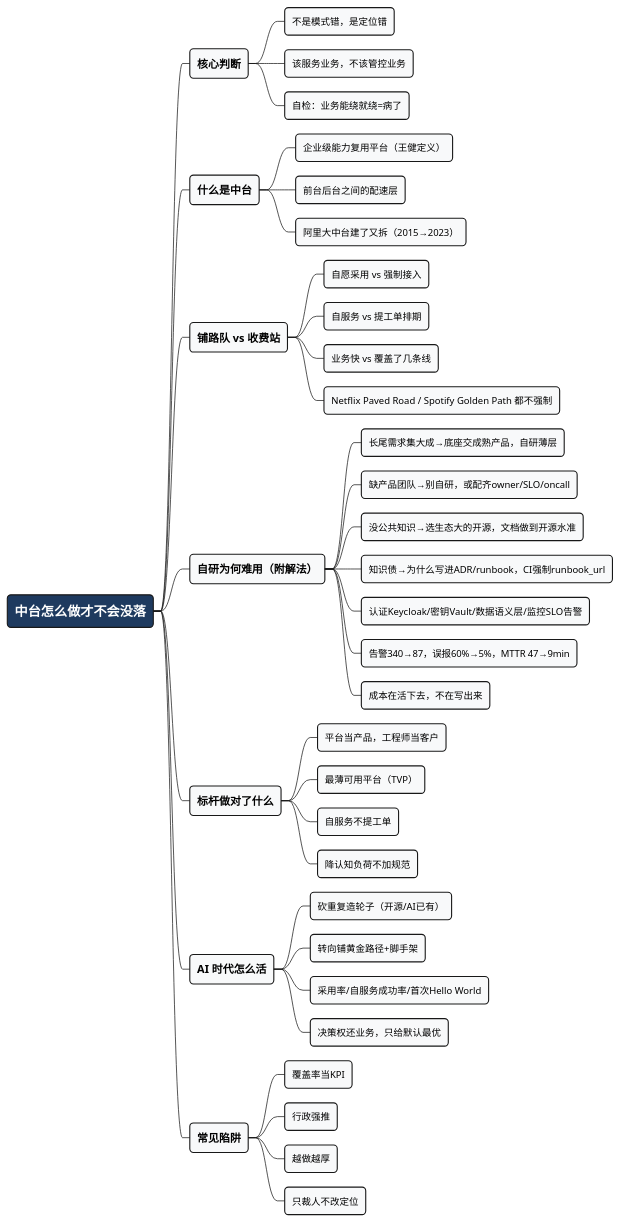
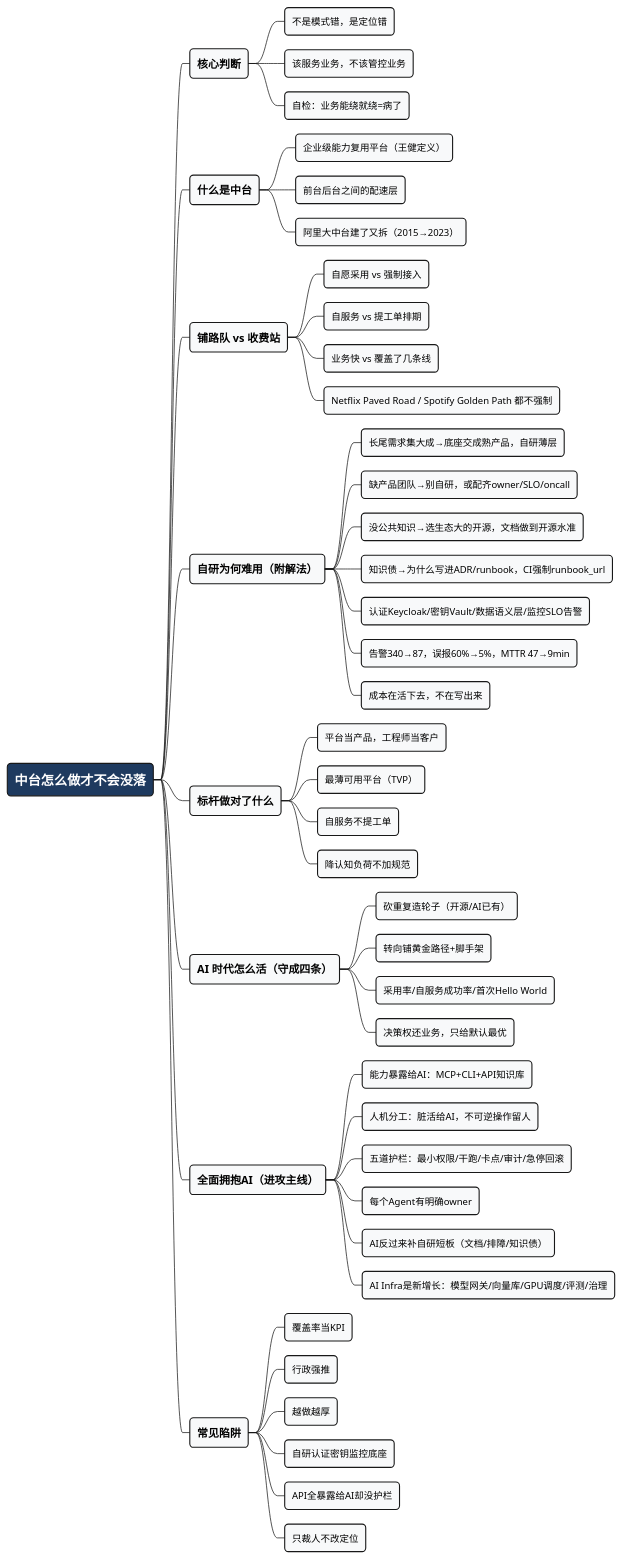
The diagram in images/journal_20260820_zhongtai_mindmap.puml (walterfan/walterfan.github.io), drawn with PlantUML before and after one commit. The commit also changed 113 other files, not shown here.

```diff
--- a/images/journal_20260820_zhongtai_mindmap.puml
+++ b/images/journal_20260820_zhongtai_mindmap.puml
@@ -1,63 +1,72 @@
 @startmindmap
 <style>
 mindmapDiagram {
   node {
     BackgroundColor #F8F9FA
     RoundCorner 10
     Padding 10
     FontSize 13
   }
   :depth(0) {
     BackgroundColor #1E3A5F
     FontColor white
     FontSize 18
     FontStyle bold
   }
   :depth(1) {
     FontSize 15
     FontStyle bold
   }
   :depth(2) {
     FontSize 13
   }
 }
 </style>
 
 * 中台怎么做才不会没落
 ** 核心判断
 *** 不是模式错，是定位错
 *** 该服务业务，不该管控业务
 *** 自检：业务能绕就绕=病了
 ** 什么是中台
 *** 企业级能力复用平台（王健定义）
 *** 前台后台之间的配速层
 *** 阿里大中台建了又拆（2015→2023）
 ** 铺路队 vs 收费站
 *** 自愿采用 vs 强制接入
 *** 自服务 vs 提工单排期
 *** 业务快 vs 覆盖了几条线
 *** Netflix Paved Road / Spotify Golden Path 都不强制
 ** 自研为何难用（附解法）
 *** 长尾需求集大成→底座交成熟产品，自研薄层
 *** 缺产品团队→别自研，或配齐owner/SLO/oncall
 *** 没公共知识→选生态大的开源，文档做到开源水准
 *** 知识债→为什么写进ADR/runbook，CI强制runbook_url
 *** 认证Keycloak/密钥Vault/数据语义层/监控SLO告警
 *** 告警340→87，误报60%→5%，MTTR 47→9min
 *** 成本在活下去，不在写出来
 ** 标杆做对了什么
 *** 平台当产品，工程师当客户
 *** 最薄可用平台（TVP）
 *** 自服务不提工单
 *** 降认知负荷不加规范
-** AI 时代怎么活
+** AI 时代怎么活（守成四条）
 *** 砍重复造轮子（开源/AI已有）
 *** 转向铺黄金路径+脚手架
 *** 采用率/自服务成功率/首次Hello World
 *** 决策权还业务，只给默认最优
+** 全面拥抱AI（进攻主线）
+*** 能力暴露给AI：MCP+CLI+API知识库
+*** 人机分工：脏活给AI，不可逆操作留人
+*** 五道护栏：最小权限/干跑/卡点/审计/急停回滚
+*** 每个Agent有明确owner
+*** AI反过来补自研短板（文档/排障/知识债）
+*** AI Infra是新增长：模型网关/向量库/GPU调度/评测/治理
 ** 常见陷阱
 *** 覆盖率当KPI
 *** 行政强推
 *** 越做越厚
+*** 自研认证密钥监控底座
+*** API全暴露给AI却没护栏
 *** 只裁人不改定位
 @endmindmap
```
